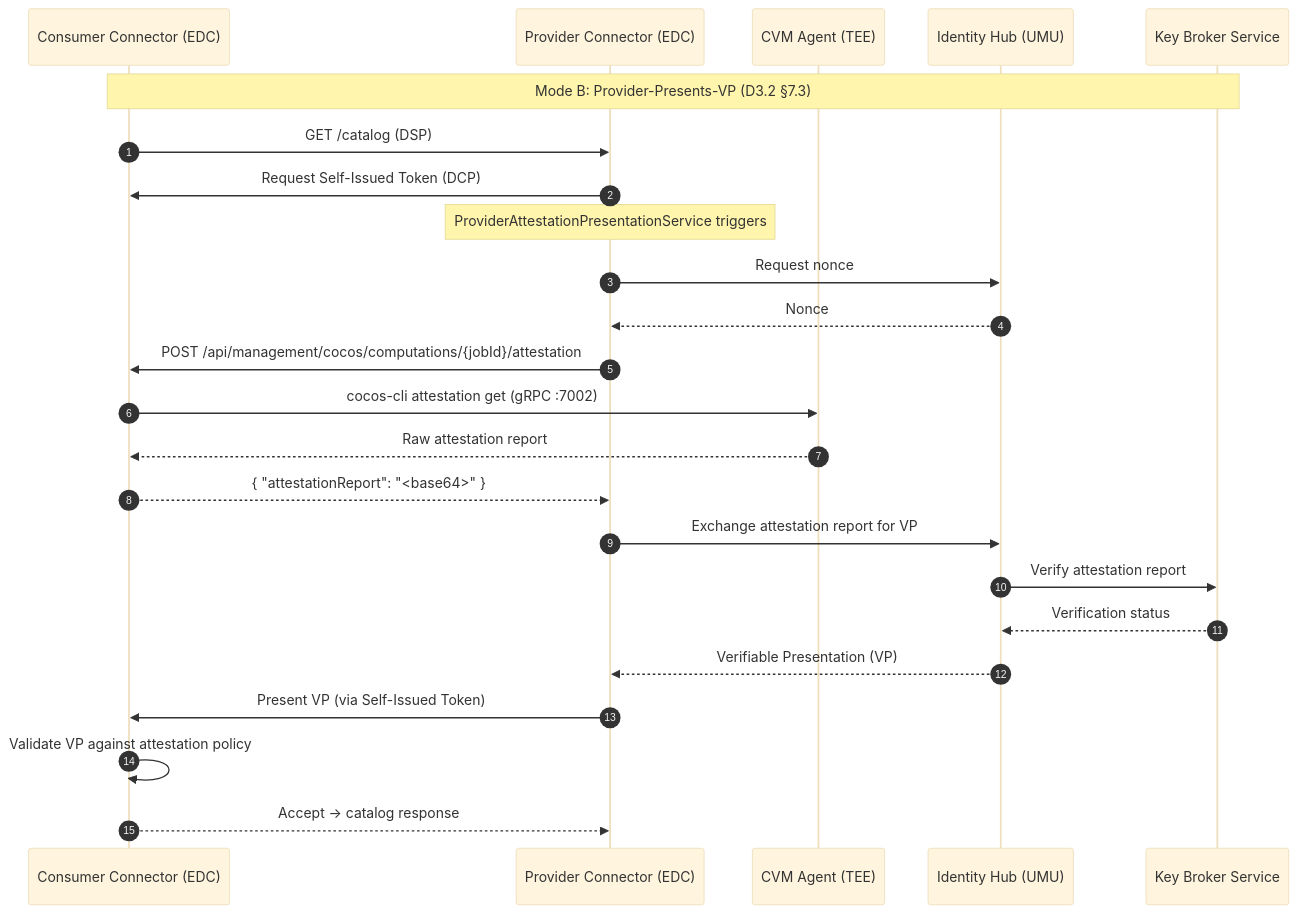
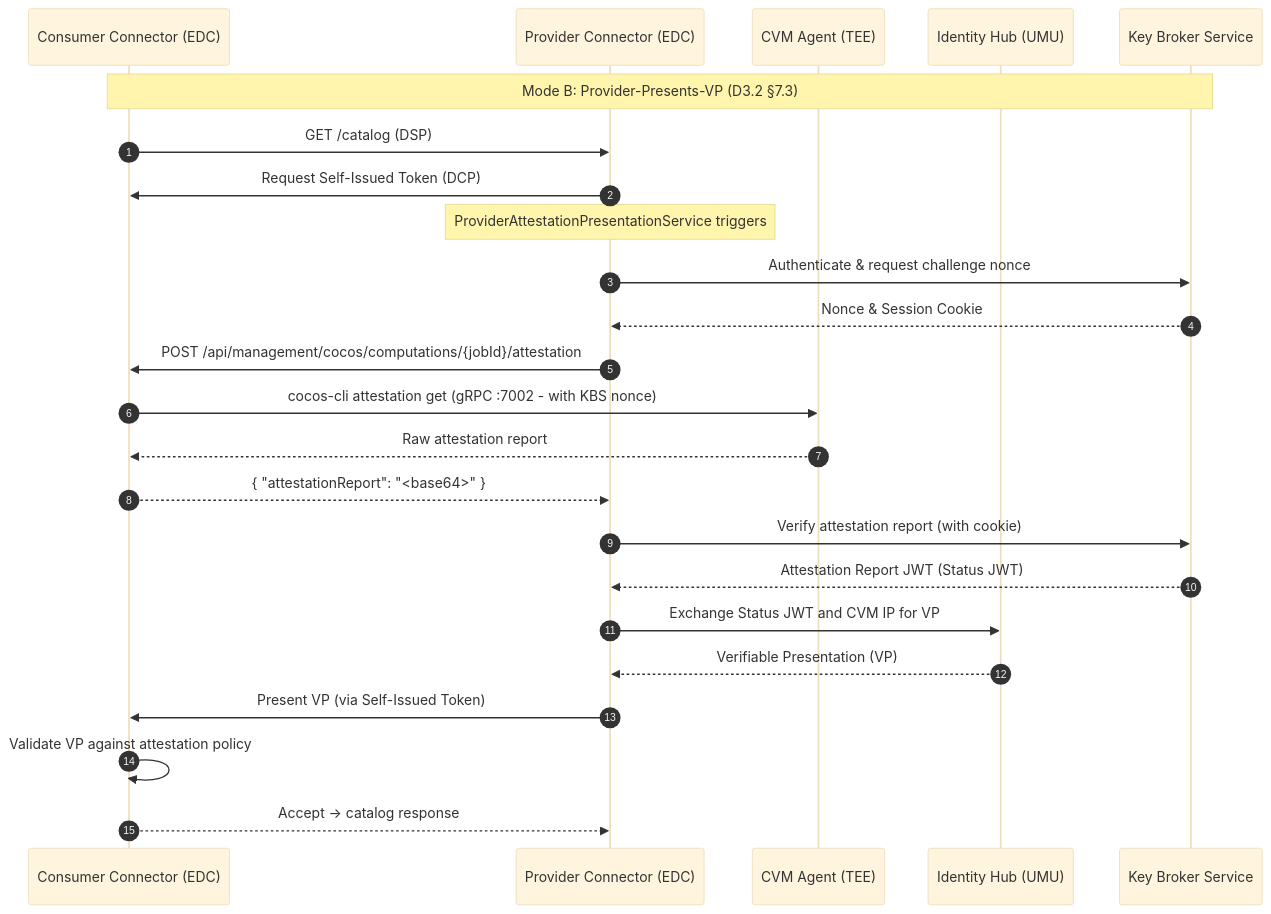
Before and after one commit to ultravioletrs/cocos-edc-connector: the third of 3 diagrams in edc-extensions/ARCHITECTURE.md, drawn with Mermaid (base theme). The commit also changed other lines of this file and 17 other files, not shown here.

Commit message:
feat: integrate Trustee KBS for attestation verification and introduce CocosAgentCompletionRegistry to manage asynchronous agent execution lifecycle.

````diff
--- a/edc-extensions/ARCHITECTURE.md
+++ b/edc-extensions/ARCHITECTURE.md
@@ -324,33 +324,34 @@
 ```mermaid
 sequenceDiagram
     autonumber
     participant Consumer as Consumer Connector (EDC)
     participant Provider as Provider Connector (EDC)
     participant CVM as CVM Agent (TEE)
     participant PIH as Identity Hub (UMU)
     participant KBS as Key Broker Service
 
     Note over Consumer, KBS: Mode B: Provider-Presents-VP (D3.2 §7.3)
 
     Consumer->>Provider: GET /catalog (DSP)
     Provider->>Consumer: Request Self-Issued Token (DCP)
 
     Note over Provider: ProviderAttestationPresentationService triggers
 
-    Provider->>PIH: Request nonce
-    PIH-->>Provider: Nonce
+    Provider->>KBS: Authenticate & request challenge nonce
+    KBS-->>Provider: Nonce & Session Cookie
 
     Provider->>Consumer: POST /api/management/cocos/computations/{jobId}/attestation
-    Consumer->>CVM: cocos-cli attestation get (gRPC :7002)
+    Consumer->>CVM: cocos-cli attestation get (gRPC :7002 - with KBS nonce)
     CVM-->>Consumer: Raw attestation report
     Consumer-->>Provider: { "attestationReport": "<base64>" }
 
-    Provider->>PIH: Exchange attestation report for VP
-    PIH->>KBS: Verify attestation report
-    KBS-->>PIH: Verification status
+    Provider->>KBS: Verify attestation report (with cookie)
+    KBS-->>Provider: Attestation Report JWT (Status JWT)
+
+    Provider->>PIH: Exchange Status JWT and CVM IP for VP
     PIH-->>Provider: Verifiable Presentation (VP)
 
     Provider->>Consumer: Present VP (via Self-Issued Token)
     Consumer->>Consumer: Validate VP against attestation policy
     Consumer-->>Provider: Accept → catalog response
 ```
````
